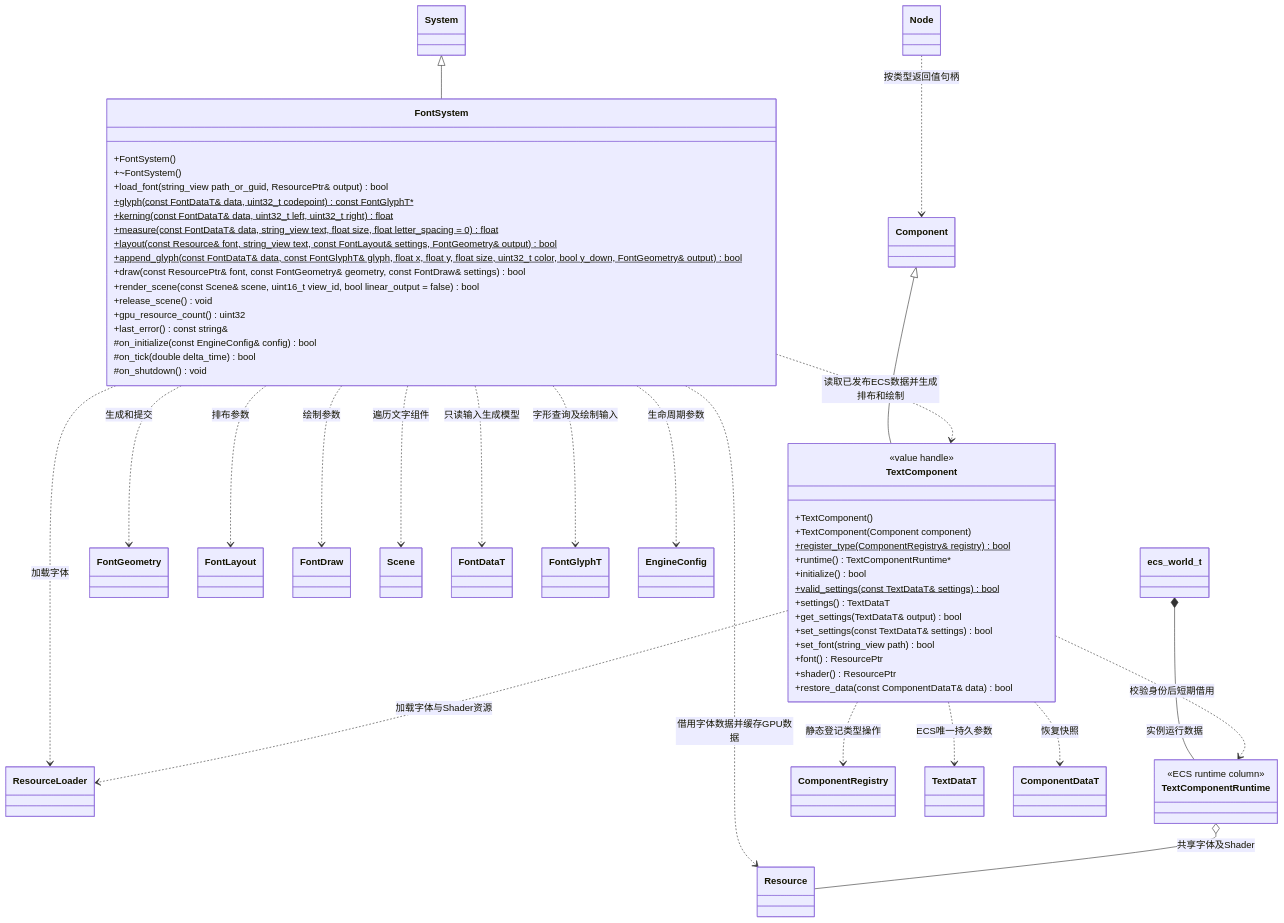
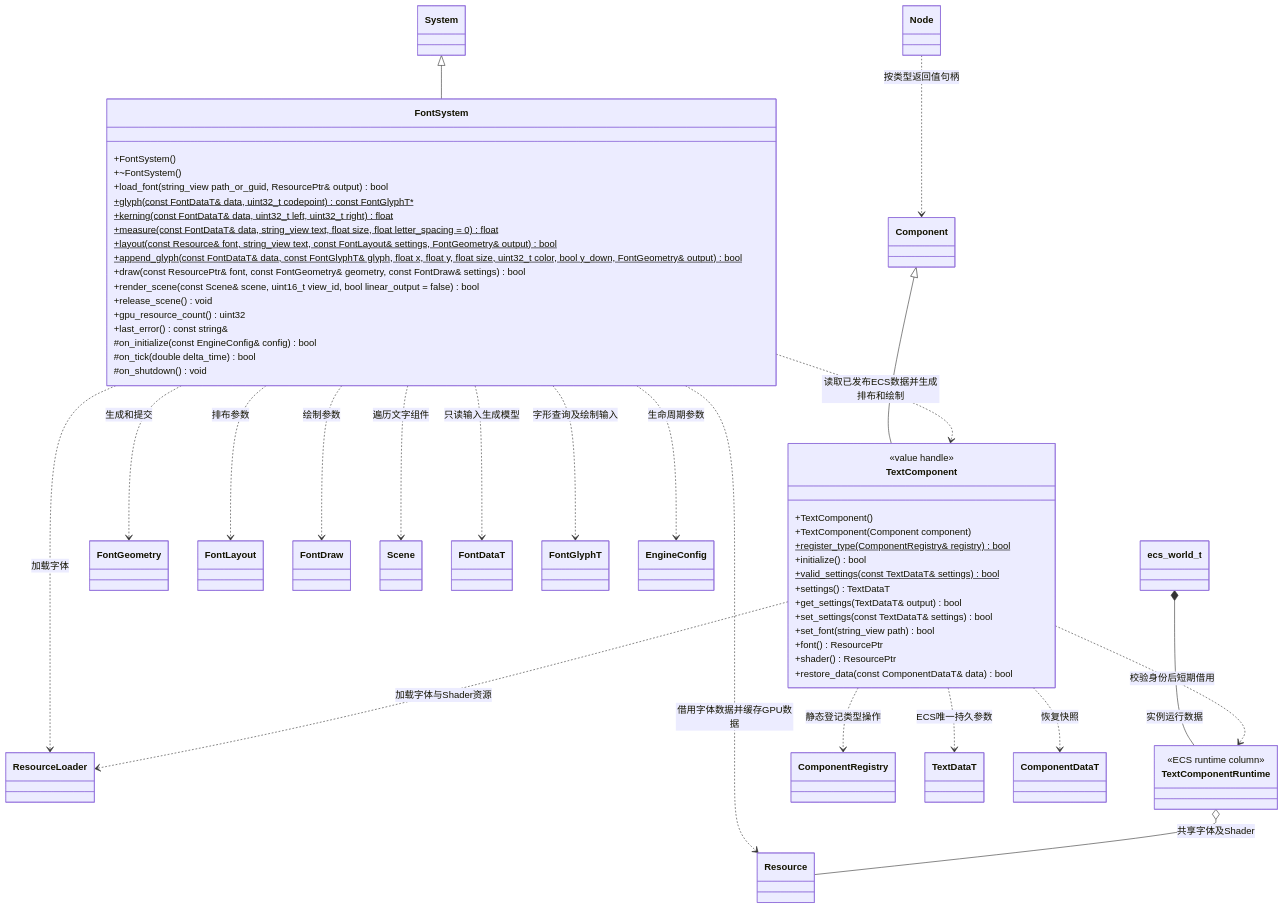
One commit to lcals/Engine changed the first of 2 diagrams in docs/runtime/class-diagrams/font-system.md. Above: the diagram before and after it, drawn with Mermaid. The commit also changed other lines of this file and 125 other files, not shown here.

First line of the commit message:
Fix engine architecture contracts and recovery paths

````diff
--- a/docs/runtime/class-diagrams/font-system.md
+++ b/docs/runtime/class-diagrams/font-system.md
@@ -7,68 +7,67 @@
 ```mermaid
 classDiagram
     System <|-- FontSystem
     Component <|-- TextComponent
     FontSystem ..> Resource : 借用字体数据并缓存GPU数据
     FontSystem ..> ResourceLoader : 加载字体
     FontSystem ..> FontGeometry : 生成和提交
     FontSystem ..> FontLayout : 排布参数
     FontSystem ..> FontDraw : 绘制参数
     FontSystem ..> Scene : 遍历文字组件
     TextComponentRuntime o-- Resource : 共享字体及Shader
     TextComponent ..> ResourceLoader : 加载字体与Shader资源
     FontSystem ..> TextComponent : 读取已发布ECS数据并生成排布和绘制
     Node ..> Component : 按类型返回值句柄
     class FontSystem {
         +FontSystem()
         +~FontSystem()
         +load_font(string_view path_or_guid, ResourcePtr& output) bool
         +glyph(const FontDataT& data, uint32_t codepoint) const FontGlyphT#42;$
         +kerning(const FontDataT& data, uint32_t left, uint32_t right) float$
         +measure(const FontDataT& data, string_view text, float size, float letter_spacing = 0) float$
         +layout(const Resource& font, string_view text, const FontLayout& settings, FontGeometry& output) bool$
         +append_glyph(const FontDataT& data, const FontGlyphT& glyph, float x, float y, float size, uint32_t color, bool y_down, FontGeometry& output) bool$
         +draw(const ResourcePtr& font, const FontGeometry& geometry, const FontDraw& settings) bool
         +render_scene(const Scene& scene, uint16_t view_id, bool linear_output = false) bool
         +release_scene() void
         +gpu_resource_count() uint32
         +last_error() const string&
         #on_initialize(const EngineConfig& config) bool
         #on_tick(double delta_time) bool
         #on_shutdown() void
     }
     class TextComponent {
         <<value handle>>
         +TextComponent()
         +TextComponent(Component component)
         +register_type(ComponentRegistry& registry) bool$
-        +runtime() TextComponentRuntime#42;
         +initialize() bool
         +valid_settings(const TextDataT& settings) bool$
         +settings() TextDataT
         +get_settings(TextDataT& output) bool
         +set_settings(const TextDataT& settings) bool
         +set_font(string_view path) bool
         +font() ResourcePtr
         +shader() ResourcePtr
         +restore_data(const ComponentDataT& data) bool
     }
     class ComponentRegistry
     class FontDataT
     class FontGlyphT
     class TextDataT
     class ComponentDataT
     class EngineConfig
     class ecs_world_t
     FontSystem ..> FontDataT : 只读输入生成模型
     FontSystem ..> FontGlyphT : 字形查询及绘制输入
     FontSystem ..> EngineConfig : 生命周期参数
     TextComponent ..> TextDataT : ECS唯一持久参数
     TextComponent ..> ComponentDataT : 恢复快照
     class TextComponentRuntime {
         <<ECS runtime column>>
     }
     ecs_world_t *-- TextComponentRuntime : 实例运行数据
     TextComponent ..> TextComponentRuntime : 校验身份后短期借用
     TextComponent ..> ComponentRegistry : 静态登记类型操作
 
 ```
````
